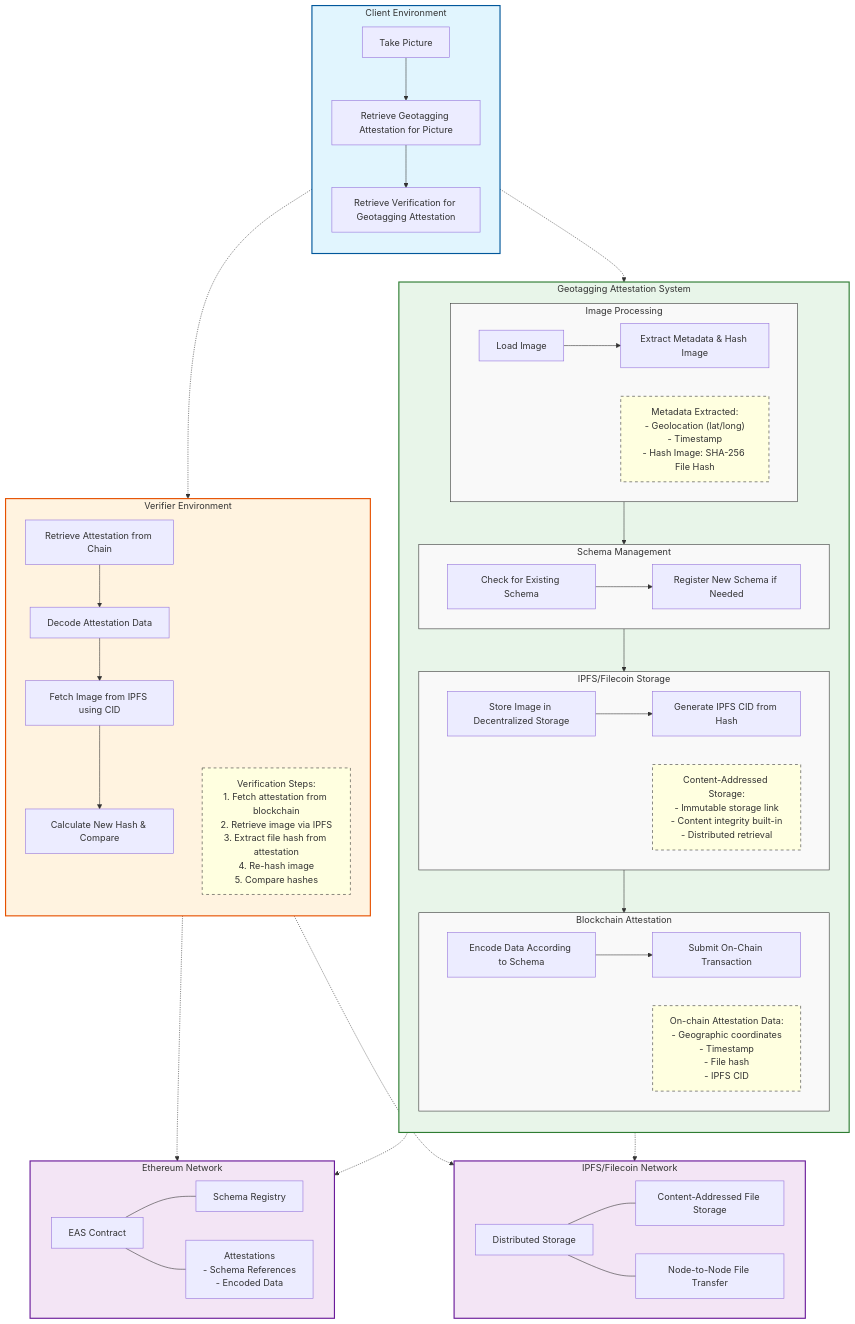
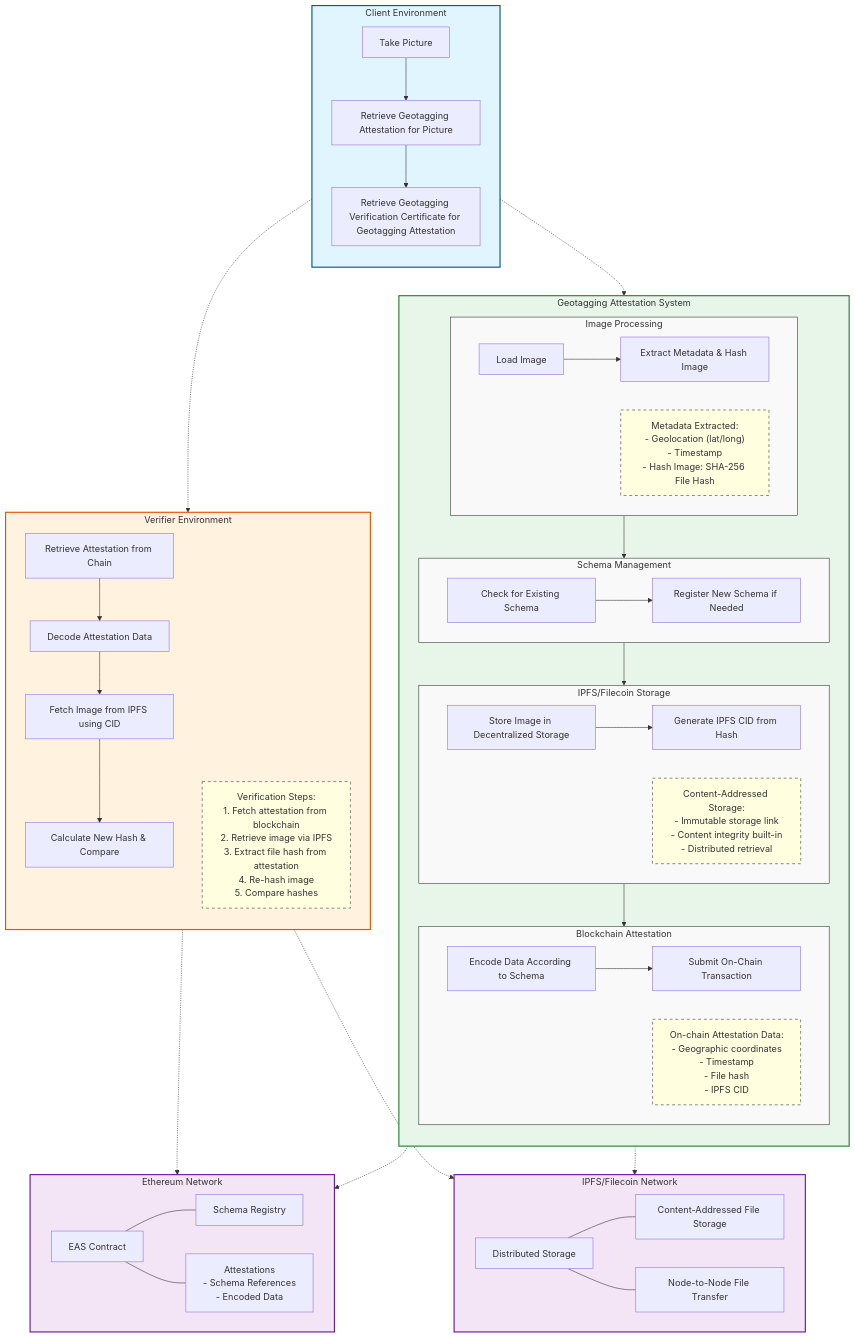
The diagram in Docs/Geotagging-Attestation-Workflow.md (DecentralizedGeo/eas-sandbox), drawn with Mermaid before and after one commit. The commit also changed other lines of this file, not shown here.

Commit message:
docs: clarify verification certificate description in workflow diagram

```diff
--- a/Docs/Geotagging-Attestation-Workflow.md
+++ b/Docs/Geotagging-Attestation-Workflow.md
@@ -10,7 +10,7 @@
         direction TB
         TakePicture["Take Picture"]
         GetAttestation["Retrieve Geotagging Attestation for Picture"]
-        GetVerification["Retrieve Verification for Geotagging Attestation"]
+        GetVerification["Retrieve Geotagging Verification Certificate for Geotagging Attestation"]
         
         TakePicture --> GetAttestation
         GetAttestation --> GetVerification
```
